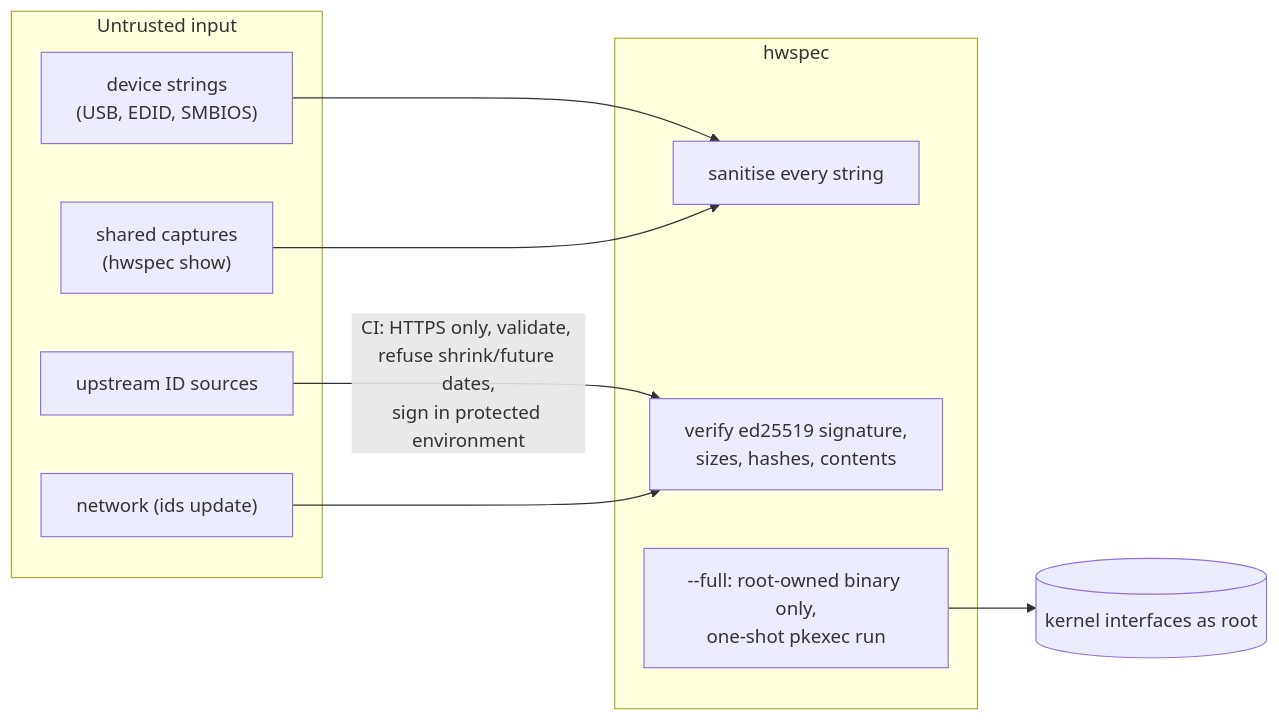
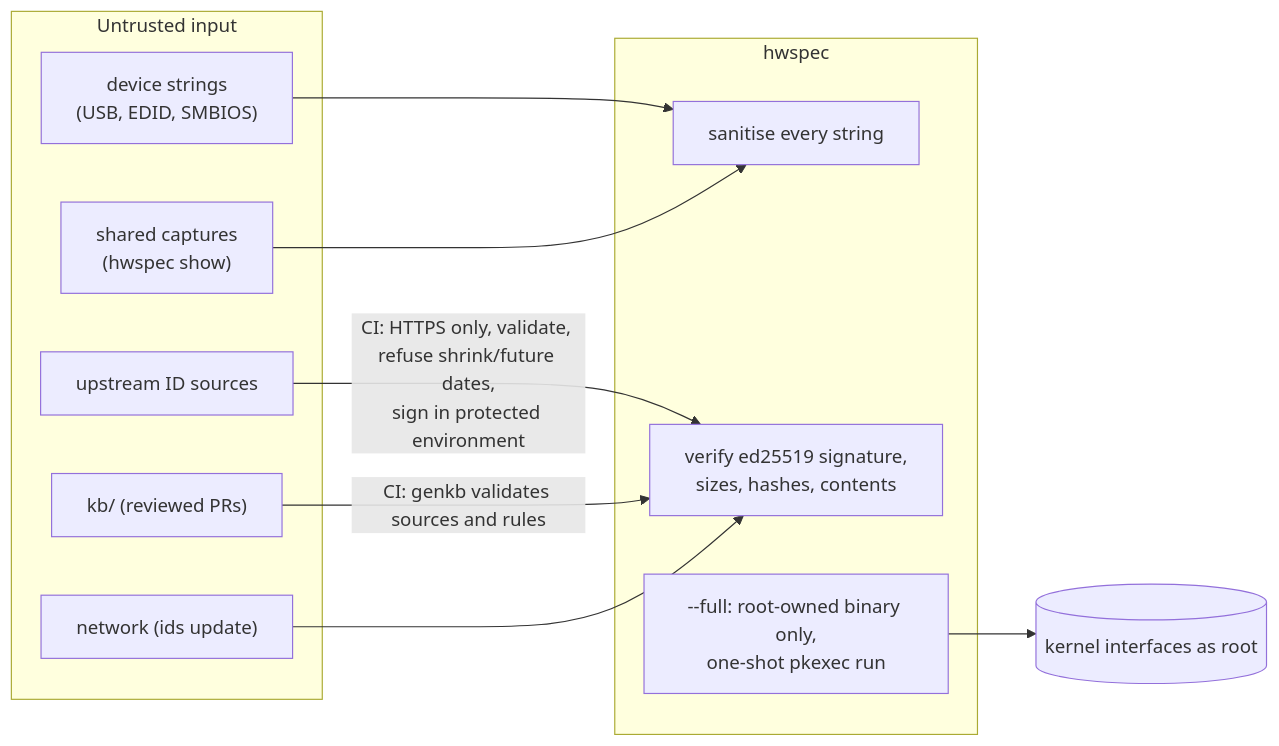
The diagram in SECURITY.md (jiegui2025/hwspec), drawn with Mermaid before and after one commit. The commit also changed other lines of this file and 4 other files, not shown here.

````diff
--- a/SECURITY.md
+++ b/SECURITY.md
@@ -14,19 +14,21 @@
 ```mermaid
 flowchart LR
   subgraph untrusted[Untrusted input]
     dev["device strings<br/>(USB, EDID, SMBIOS)"]
     cap["shared captures<br/>(hwspec show)"]
     up["upstream ID sources"]
+    kbsrc["kb/ (reviewed PRs)"]
     net["network (ids update)"]
   end
   subgraph hwspec
     san["sanitise every string"]
     sig["verify ed25519 signature,<br/>sizes, hashes, contents"]
     root["--full: root-owned binary only,<br/>one-shot pkexec run"]
   end
   dev --> san
   cap --> san
   up -->|"CI: HTTPS only, validate, refuse shrink/future dates,<br/>sign in protected environment"| sig
+  kbsrc -->|"CI: genkb validates sources and rules"| sig
   net --> sig
   root --> kernel[(kernel interfaces as root)]
 ```
````
